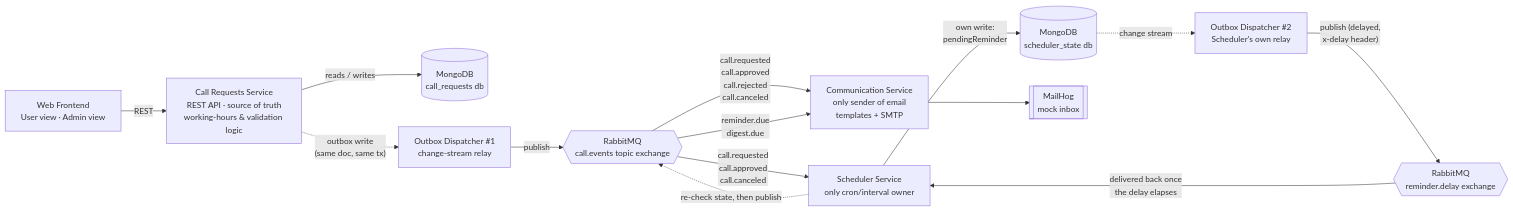
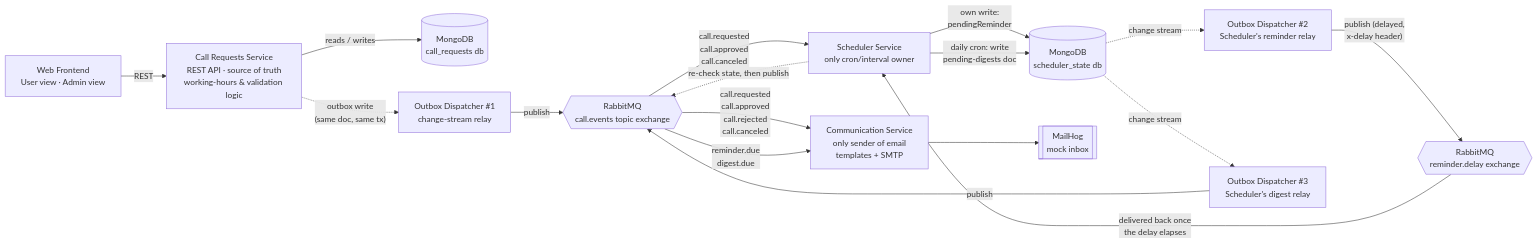
The first of 3 diagrams in README.md (ErtanOzdemir/call-reservation-system), drawn with Mermaid before and after one commit. The commit also changed other lines of this file and 6 other files, not shown here.

````diff
--- a/README.md
+++ b/README.md
@@ -26,20 +26,24 @@
 ```mermaid
 flowchart LR
     FE["Web Frontend<br/>User view · Admin view"] -->|REST| CRS
     CRS["Call Requests Service<br/>REST API · source of truth<br/>working-hours & validation logic"] -->|reads / writes| MDB[("MongoDB<br/>call_requests db")]
     CRS -.->|"outbox write<br/>(same doc, same tx)"| Relay1["Outbox Dispatcher #1<br/>change-stream relay"]
     Relay1 -->|publish| MQ{{"RabbitMQ<br/>call.events topic exchange"}}
 
     MQ -->|"call.requested<br/>call.approved<br/>call.rejected<br/>call.canceled"| COM
     MQ -->|"call.requested<br/>call.approved<br/>call.canceled"| SCH
 
     SCH["Scheduler Service<br/>only cron/interval owner"] -->|"own write:<br/>pendingReminder"| SDB[("MongoDB<br/>scheduler_state db")]
-    SDB -.->|"change stream"| Relay2["Outbox Dispatcher #2<br/>Scheduler's own relay"]
+    SDB -.->|"change stream"| Relay2["Outbox Dispatcher #2<br/>Scheduler's reminder relay"]
     Relay2 -->|"publish (delayed,<br/>x-delay header)"| DMQ{{"RabbitMQ<br/>reminder.delay exchange"}}
     DMQ -->|"delivered back once<br/>the delay elapses"| SCH
     SCH -.->|"re-check state, then publish"| MQ
+
+    SCH -->|"daily cron: write<br/>pending-digests doc"| SDB
+    SDB -.->|"change stream"| Relay3["Outbox Dispatcher #3<br/>Scheduler's digest relay"]
+    Relay3 -->|publish| MQ
 
     MQ -->|"reminder.due<br/>digest.due"| COM
 
     COM["Communication Service<br/>only sender of email<br/>templates + SMTP"] --> MH[["MailHog<br/>mock inbox"]]
 ```
````
